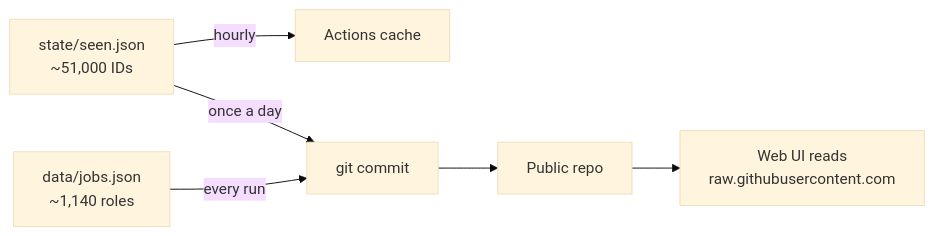
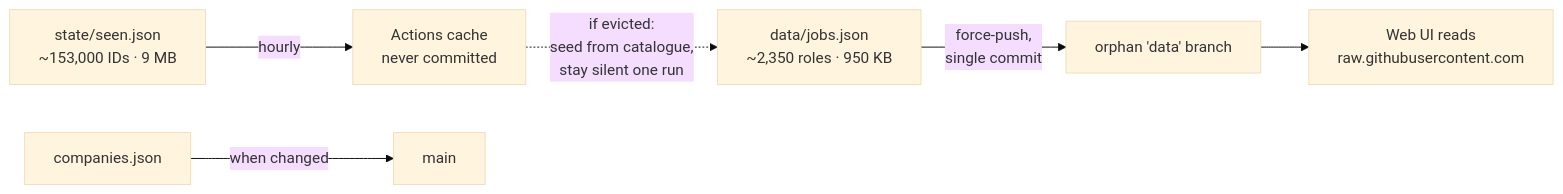
Before and after one commit to smresponsibilities/jobscraper_hourly: the third of 4 diagrams in ARCHITECTURE.md, drawn with Mermaid (base theme). The commit also changed other lines of this file and 16 other files, not shown here.

````diff
--- a/ARCHITECTURE.md
+++ b/ARCHITECTURE.md
@@ -141,8 +141,8 @@
 ```mermaid
 flowchart LR
-    A["state/seen.json<br/>~51,000 IDs"] -->|"hourly"| B["Actions cache"]
-    A -->|"once a day"| C["git commit"]
-    D["data/jobs.json<br/>~1,140 roles"] -->|"every run"| C
-    C --> E["Public repo"]
-    E --> F["Web UI reads<br/>raw.githubusercontent.com"]
+    A["state/seen.json<br/>~153,000 IDs · 9 MB"] -->|"hourly"| B["Actions cache<br/>never committed"]
+    C["data/jobs.json<br/>~2,350 roles · 950 KB"] -->|"force-push,<br/>single commit"| D["orphan 'data' branch"]
+    E["companies.json"] -->|"when changed"| F["main"]
+    D --> G["Web UI reads<br/>raw.githubusercontent.com"]
+    B -.->|"if evicted:<br/>seed from catalogue,<br/>stay silent one run"| C
 ```
````
